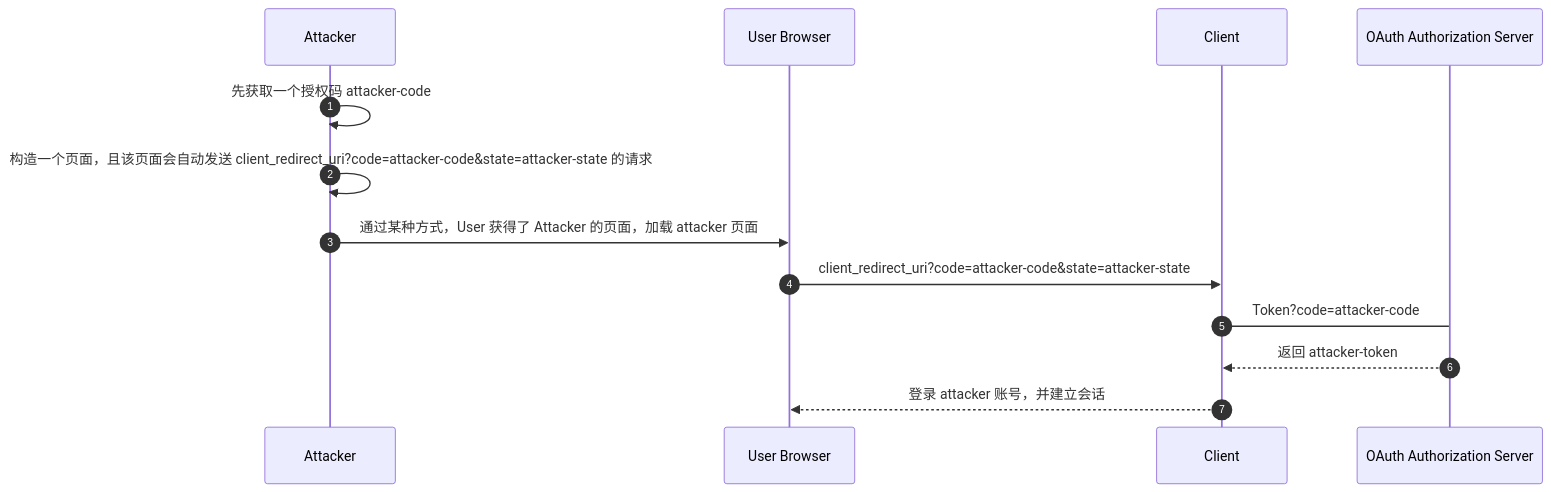
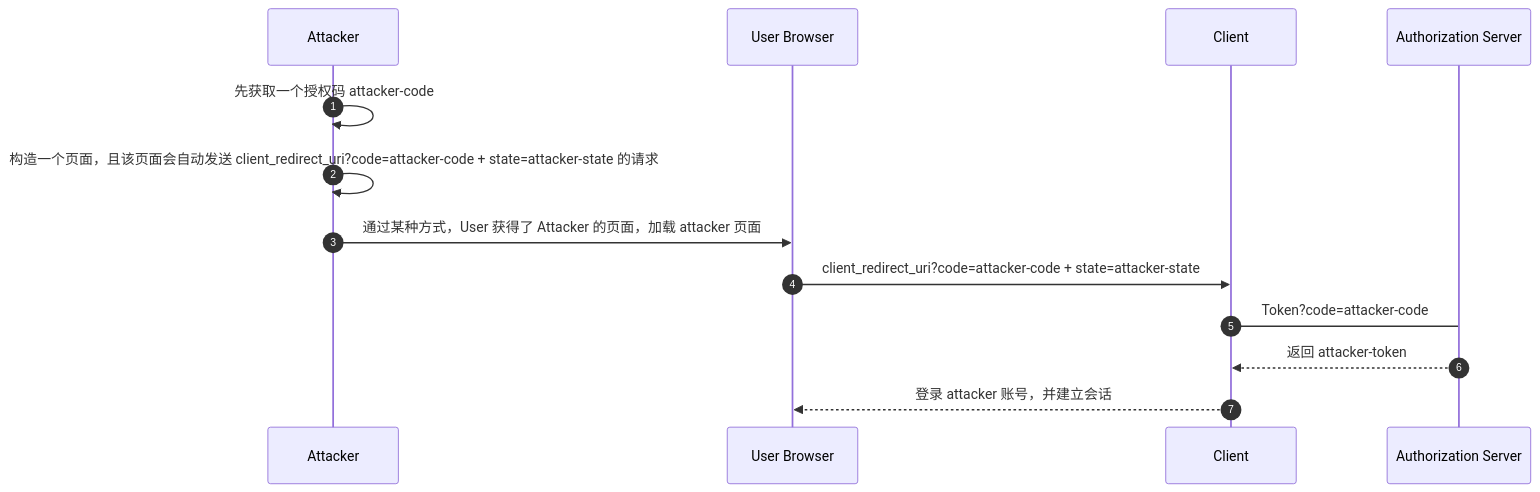
Before and after one commit to lsj9383/blog: the sixth of 9 diagrams in posts/oauth-best-practice/readme.md, drawn with Mermaid. The commit also changed other lines of this file, not shown here.

````diff
--- a/posts/oauth-best-practice/readme.md
+++ b/posts/oauth-best-practice/readme.md
@@ -514,17 +525,17 @@
 ```mermaid
 sequenceDiagram
 autonumber
 
 participant attacker as Attacker
 participant user_browser as User Browser
 participant client as Client
-participant authz_server as OAuth Authorization Server
+participant authz_server as Authorization Server
 
 attacker ->> attacker: 先获取一个授权码 attacker-code
-attacker ->> attacker: 构造一个页面，且该页面会自动发送 client_redirect_uri?code=attacker-code&state=attacker-state 的请求
+attacker ->> attacker: 构造一个页面，且该页面会自动发送 client_redirect_uri?code=attacker-code + state=attacker-state 的请求
 attacker ->> user_browser: 通过某种方式，User 获得了 Attacker 的页面，加载 attacker 页面
-user_browser ->> client: client_redirect_uri?code=attacker-code&state=attacker-state
+user_browser ->> client: client_redirect_uri?code=attacker-code + state=attacker-state
 client -> authz_server: Token?code=attacker-code
 authz_server -->> client: 返回 attacker-token
 client -->> user_browser: 登录 attacker 账号，并建立会话
 ```
````
